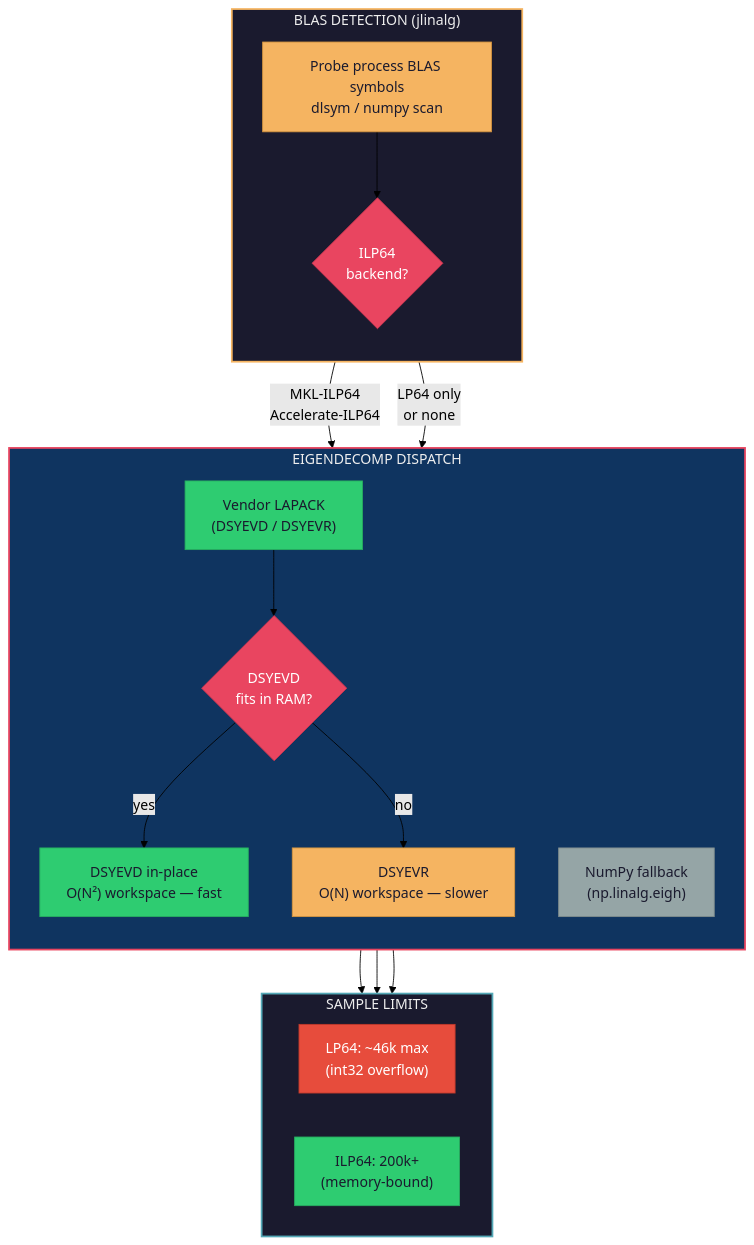
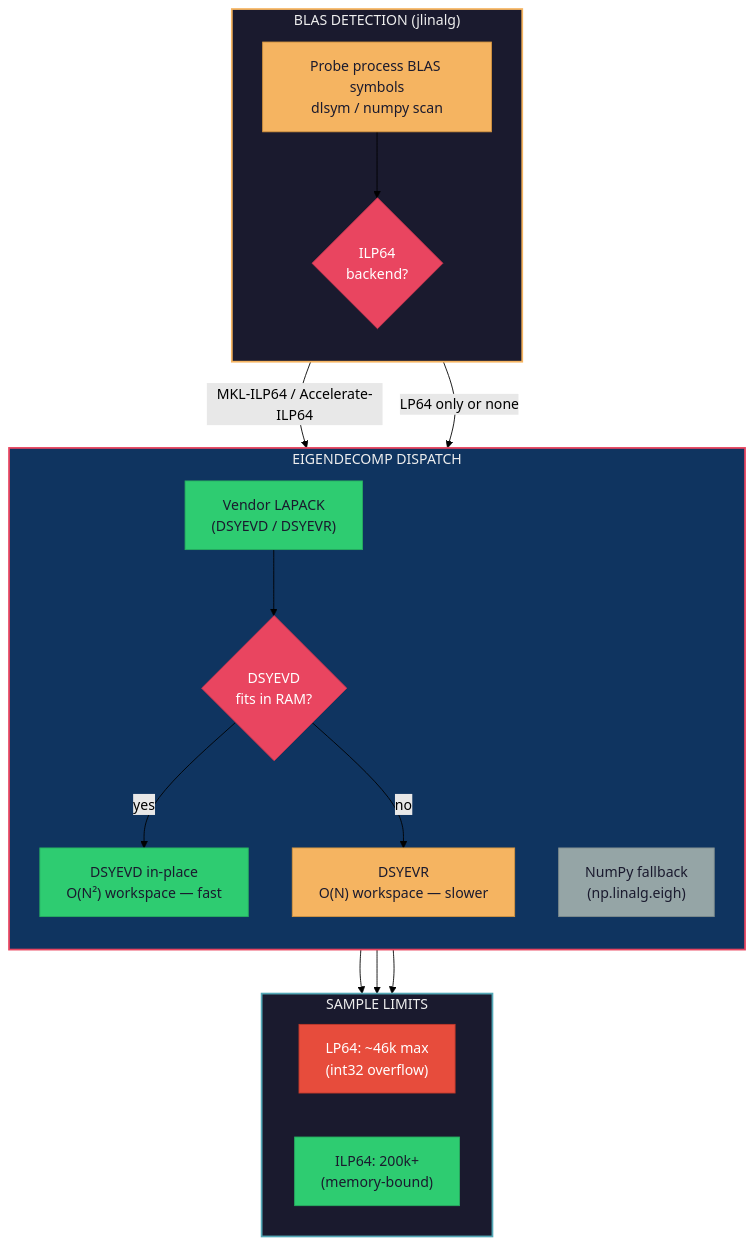
One commit to michael-denyer/jamma changed the second of 3 diagrams in docs/USER_GUIDE.md. Above: the diagram before and after it, drawn with Mermaid (forest theme). The commit also changed other lines of this file and 27 other files, not shown here.

First line of the commit message:
chore: expand lint/CI coverage — markdown, spell, mermaid, symlinks, osv cron

````diff
--- a/docs/USER_GUIDE.md
+++ b/docs/USER_GUIDE.md
@@ -549,43 +549,43 @@
 ```mermaid
 flowchart TD
     subgraph DETECT["BLAS DETECTION (jlinalg)"]
         direction TB
         PROBE["Probe process BLAS symbols\ndlsym / numpy scan"]
         PROBE --> ILP64{"ILP64\nbackend?"}
     end
 
     subgraph DISPATCH["EIGENDECOMP DISPATCH"]
         direction TB
-        ILP64 -->|"MKL-ILP64\nAccelerate-ILP64"| VENDOR["Vendor LAPACK\n(DSYEVD / DSYEVR)"]
-        ILP64 -->|"LP64 only\nor none"| NPFALL["NumPy fallback\n(np.linalg.eigh)"]
+        ILP64 -->|MKL-ILP64 / Accelerate-ILP64| VENDOR["Vendor LAPACK<br/>(DSYEVD / DSYEVR)"]
+        ILP64 -->|LP64 only or none| NPFALL["NumPy fallback<br/>(np.linalg.eigh)"]
 
-        VENDOR --> DSYEVD{"DSYEVD\nfits in RAM?"}
-        DSYEVD -->|"yes"| FAST["DSYEVD in-place\nO(N²) workspace — fast"]
-        DSYEVD -->|"no"| DSYEVR["DSYEVR\nO(N) workspace — slower"]
+        VENDOR --> DSYEVD{"DSYEVD<br/>fits in RAM?"}
+        DSYEVD -->|yes| FAST["DSYEVD in-place<br/>O(N²) workspace — fast"]
+        DSYEVD -->|no| DSYEVR["DSYEVR<br/>O(N) workspace — slower"]
     end
 
     subgraph LIMITS["SAMPLE LIMITS"]
         direction LR
         L1["LP64: ~46k max\n(int32 overflow)"]
         L2["ILP64: 200k+\n(memory-bound)"]
     end
 
     FAST --> LIMITS
     DSYEVR --> LIMITS
     NPFALL --> LIMITS
 
     style DETECT fill:#1a1a2e,stroke:#f5b461,color:#eee,stroke-width:2px
     style DISPATCH fill:#0f3460,stroke:#e94560,color:#eee,stroke-width:2px
     style LIMITS fill:#1a1a2e,stroke:#53a8b6,color:#eee,stroke-width:2px
 
     style PROBE fill:#f5b461,stroke:#d4943f,color:#1a1a2e
     style ILP64 fill:#e94560,stroke:#c73550,color:#fff
     style VENDOR fill:#2ecc71,stroke:#27ae60,color:#1a1a2e
     style NPFALL fill:#95a5a6,stroke:#7f8c8d,color:#1a1a2e
     style DSYEVD fill:#e94560,stroke:#c73550,color:#fff
     style FAST fill:#2ecc71,stroke:#27ae60,color:#1a1a2e
     style DSYEVR fill:#f5b461,stroke:#d4943f,color:#1a1a2e
 
     style L1 fill:#e74c3c,stroke:#c0392b,color:#fff
     style L2 fill:#2ecc71,stroke:#27ae60,color:#1a1a2e
 ```
````
